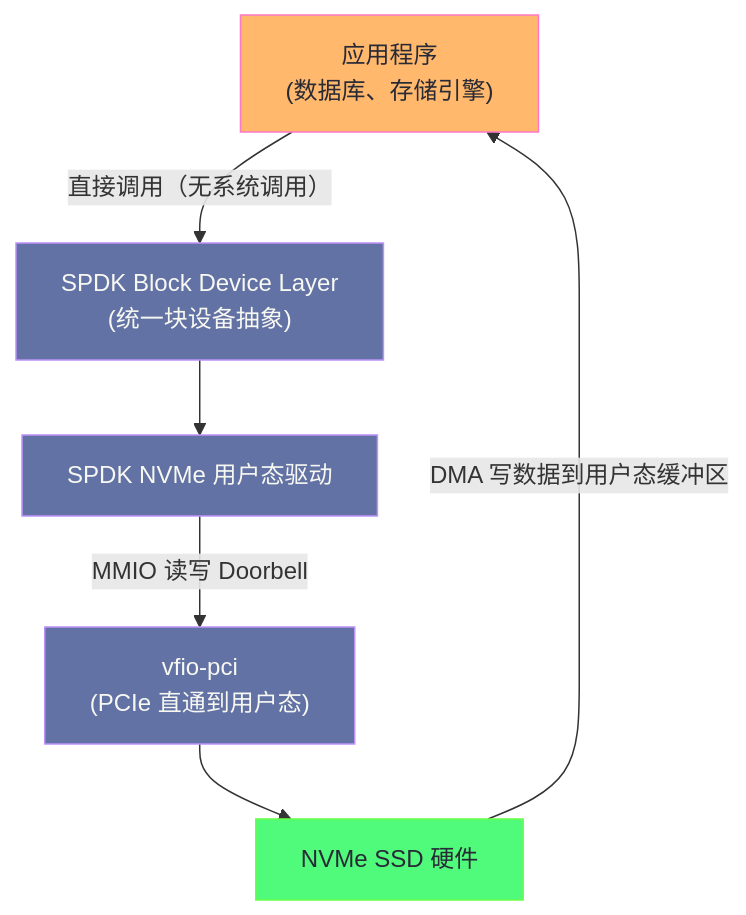
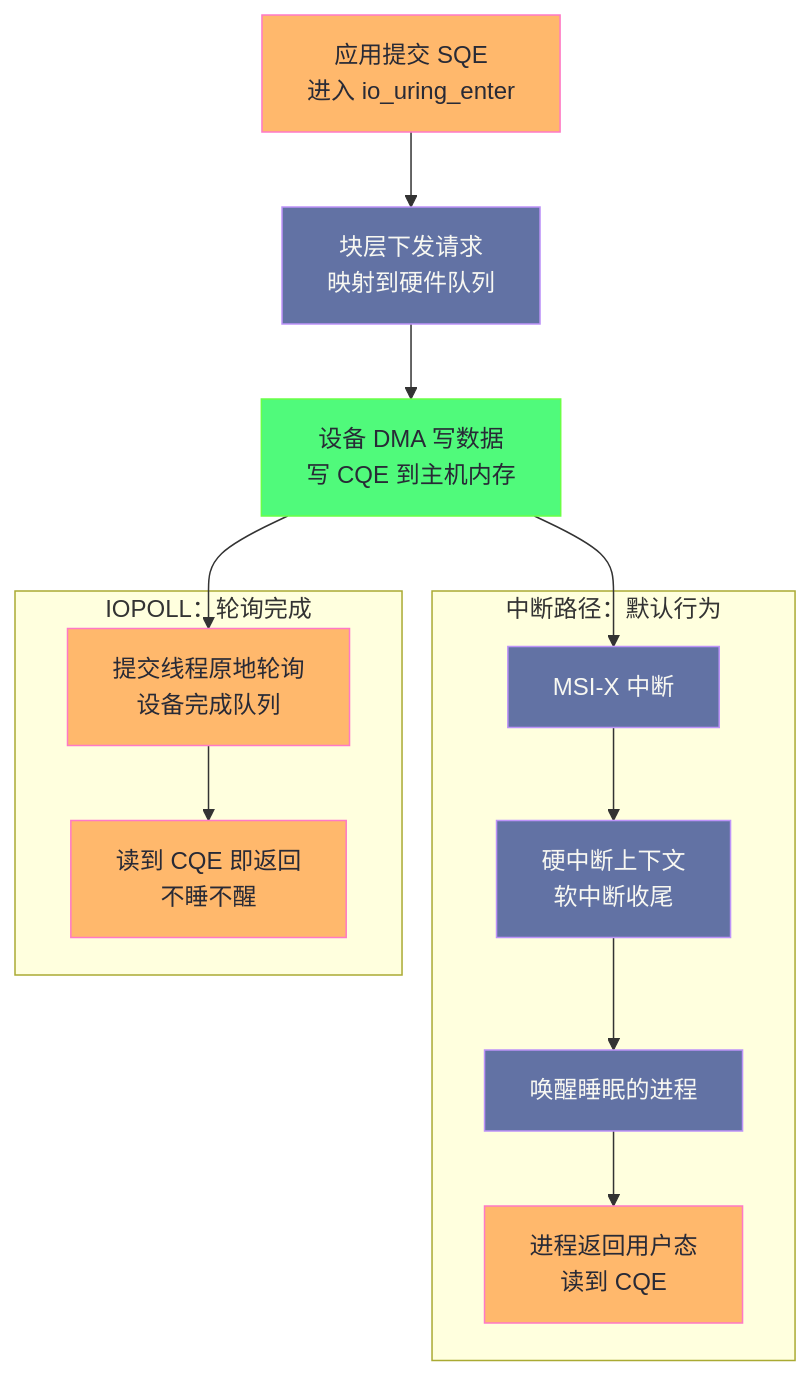
One commit to hpliStartAgain/my-brain changed the third of 5 diagrams in content/Linux/文件系统/10 现代存储技术——NVMe、io_uring 与用户态存储.md. Above: the diagram before and after it, drawn with Mermaid. The commit also changed other lines of this file and 455 other files, not shown here.

````diff
--- a/content/Linux/文件系统/10 现代存储技术——NVMe、io_uring 与用户态存储.md
+++ b/content/Linux/文件系统/10 现代存储技术——NVMe、io_uring 与用户态存储.md
@@ -352,19 +202,23 @@
 ```mermaid
 %%{init: {'theme': 'dracula'}}%%
-graph TD
+flowchart TB
+    SUB["应用提交 SQE<br/>进入 io_uring_enter"]:::app
+    BLK["块层下发请求<br/>映射到硬件队列"]:::kern
+    DEV["设备 DMA 写数据<br/>写 CQE 到主机内存"]:::hw
+    subgraph IRQ["中断路径：默认行为"]
+        I1["MSI-X 中断"]:::kern
+        I2["硬中断上下文<br/>软中断收尾"]:::kern
+        I3["唤醒睡眠的进程"]:::kern
+        I4["进程返回用户态<br/>读到 CQE"]:::app
+    end
+    subgraph POLL["IOPOLL：轮询完成"]
+        P1["提交线程原地轮询<br/>设备完成队列"]:::app
+        P2["读到 CQE 即返回<br/>不睡不醒"]:::app
+    end
+    SUB --> BLK --> DEV
+    DEV --> I1 --> I2 --> I3 --> I4
+    DEV --> P1 --> P2
     classDef app fill:#ffb86c,stroke:#ff79c6,color:#282a36
-    classDef spdk fill:#6272a4,stroke:#bd93f9,color:#f8f8f2
+    classDef kern fill:#6272a4,stroke:#bd93f9,color:#f8f8f2
     classDef hw fill:#50fa7b,stroke:#69ff47,color:#282a36
-
-    APP["应用程序</br>(数据库、存储引擎)"]:::app
-    BDEV["SPDK Block Device Layer</br>(统一块设备抽象)"]:::spdk
-    NVME["SPDK NVMe 用户态驱动"]:::spdk
-    VFIO["vfio-pci</br>(PCIe 直通到用户态)"]:::spdk
-    HW["NVMe SSD 硬件"]:::hw
-
-    APP -->|"直接调用（无系统调用）"| BDEV
-    BDEV --> NVME
-    NVME -->|"MMIO 读写 Doorbell"| VFIO
-    VFIO --> HW
-    HW -->|"DMA 写数据到用户态缓冲区"| APP
 ```
````
